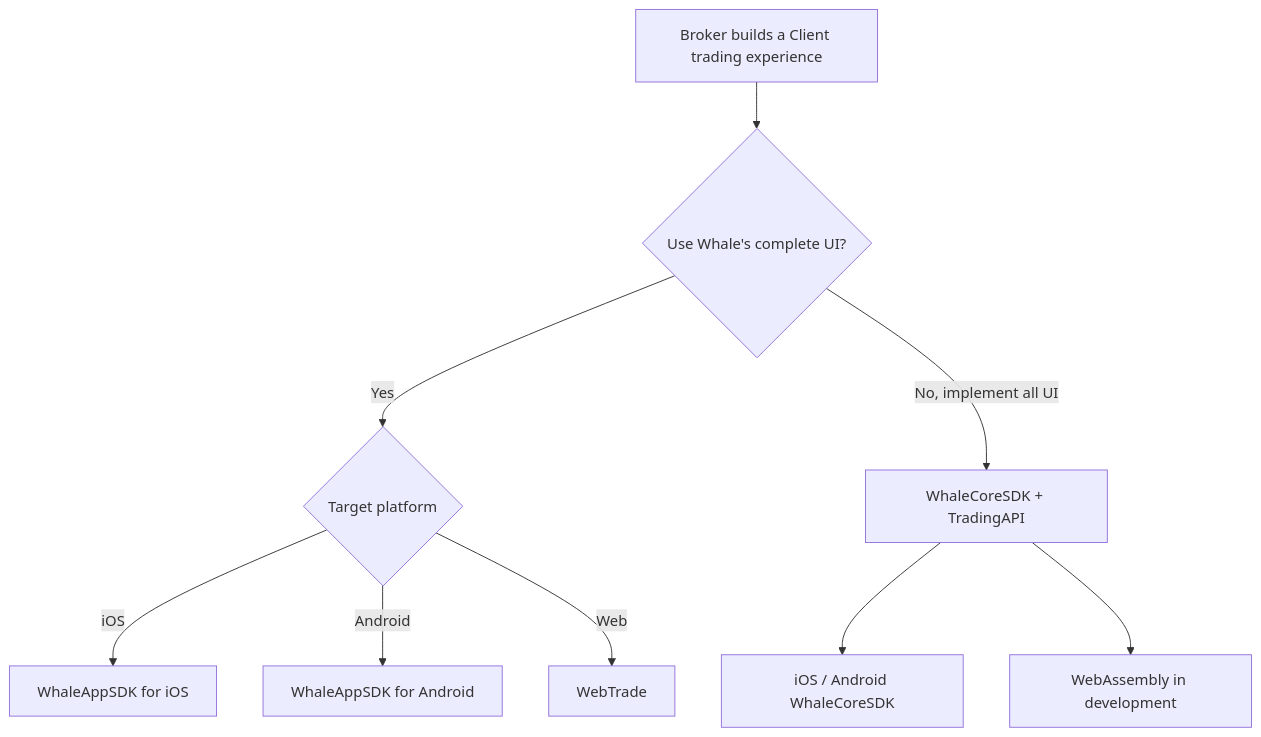
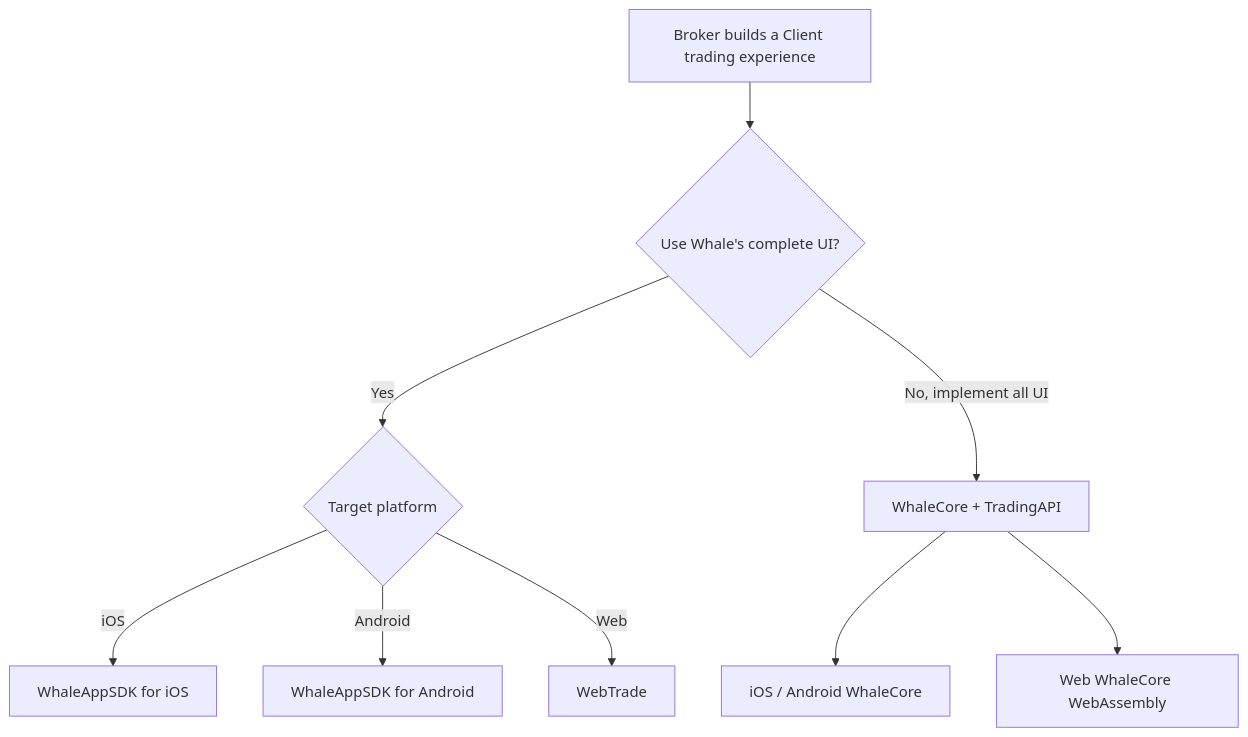
The diagram in docs/en/docs/integration-options.mdx (longbridge/whale-docs), drawn with Mermaid before and after one commit. The commit also changed other lines of this file and 58 other files, not shown here.

First line of the commit message:
docs: clarify TradingAPI runs through WhaleCore, rename WhaleCoreSDK to WhaleCore, and sync SDK/TradingAPI updates (#70)

````diff
--- a/docs/en/docs/integration-options.mdx
+++ b/docs/en/docs/integration-options.mdx
@@ -22,11 +22,11 @@
 ```mermaid
 flowchart TD
     A[Broker builds a Client trading experience] --> B{Use Whale's complete UI?}
     B -- Yes --> C{Target platform}
     C -- iOS --> D[WhaleAppSDK for iOS]
     C -- Android --> E[WhaleAppSDK for Android]
     C -- Web --> F[WebTrade]
-    B -- No, implement all UI --> G[WhaleCoreSDK + TradingAPI]
-    G --> H[iOS / Android WhaleCoreSDK]
-    G --> I[WebAssembly in development]
+    B -- No, implement all UI --> G[WhaleCore + TradingAPI]
+    G --> H[iOS / Android WhaleCore]
+    G --> I[Web WhaleCore WebAssembly]
 ```
````
